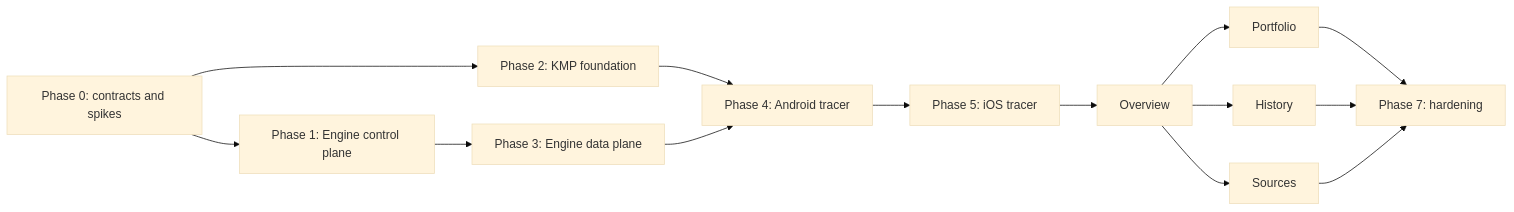
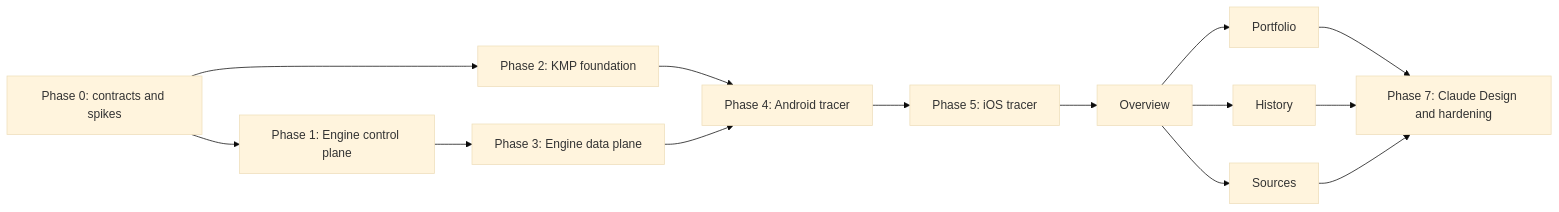
The diagram in mobile/docs/roadmap.md (VictorSkurchik/rotki), drawn with Mermaid (base theme) before and after one commit. The commit also changed other lines of this file and 14 other files, not shown here.

Commit message:
build(mobile): establish KMP architecture and quality gates

````diff
--- a/mobile/docs/roadmap.md
+++ b/mobile/docs/roadmap.md
@@ -28,16 +28,16 @@
 ```mermaid
 flowchart LR
     P["Phase 0: contracts and spikes"] --> E["Phase 1: Engine control plane"]
     P --> M["Phase 2: KMP foundation"]
     E --> D["Phase 3: Engine data plane"]
     M --> A["Phase 4: Android tracer"]
     D --> A
     A --> I["Phase 5: iOS tracer"]
     I --> O["Overview"]
     O --> PF["Portfolio"]
     O --> H["History"]
     O --> S["Sources"]
-    PF --> Z["Phase 7: hardening"]
+    PF --> Z["Phase 7: Claude Design and hardening"]
     H --> Z
     S --> Z
 ```
````
